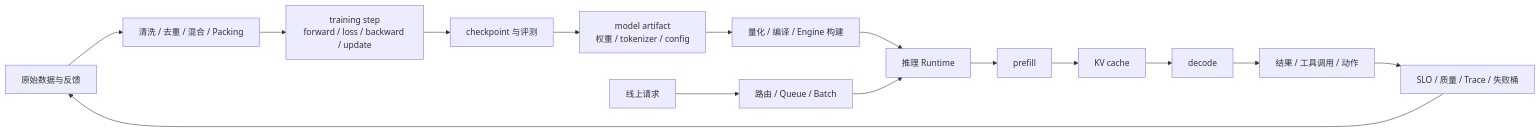
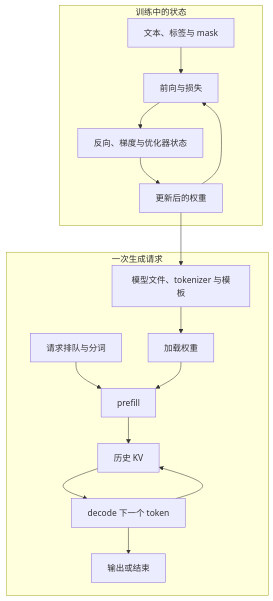
Before and after one commit to Charles2530/Charles-AI-notes: the diagram in files/training-and-inference-systems/index.md, drawn with Mermaid. The commit also changed other lines of this file and 954 other files, not shown here.

````diff
--- a/files/training-and-inference-systems/index.md
+++ b/files/training-and-inference-systems/index.md
@@ -22,18 +5,19 @@
 ```mermaid
-%% training-serving-feedback-loop
-flowchart LR
-  Raw[原始数据与反馈] --> Data[清洗 / 去重 / 混合 / Packing]
-  Data --> Step[training step\nforward / loss / backward / update]
-  Step --> Ckpt[checkpoint 与评测]
-  Ckpt --> Artifact[model artifact\n权重 / tokenizer / config]
-  Artifact --> Compile[量化 / 编译 / Engine 构建]
-  Compile --> Runtime[推理 Runtime]
-  Request[线上请求] --> Queue[路由 / Queue / Batch]
-  Queue --> Runtime
-  Runtime --> Prefill[prefill]
-  Prefill --> KV[KV cache]
-  KV --> Decode[decode]
-  Decode --> Result[结果 / 工具调用 / 动作]
-  Result --> Observe[SLO / 质量 / Trace / 失败桶]
-  Observe --> Raw
+flowchart TB
+  subgraph T[训练中的状态]
+    A[文本、标签与 mask] --> B[前向与损失]
+    B --> C[反向、梯度与优化器状态]
+    C --> D[更新后的权重]
+    D --> B
+  end
+  D --> E[模型文件、tokenizer 与模板]
+  subgraph S[一次生成请求]
+    E --> G[加载权重]
+    F[请求排队与分词] --> H[prefill]
+    G --> H
+    H --> I[历史 KV]
+    I --> J[decode 下一个 token]
+    J --> K[输出或结束]
+    J --> I
+  end
 ```
````
